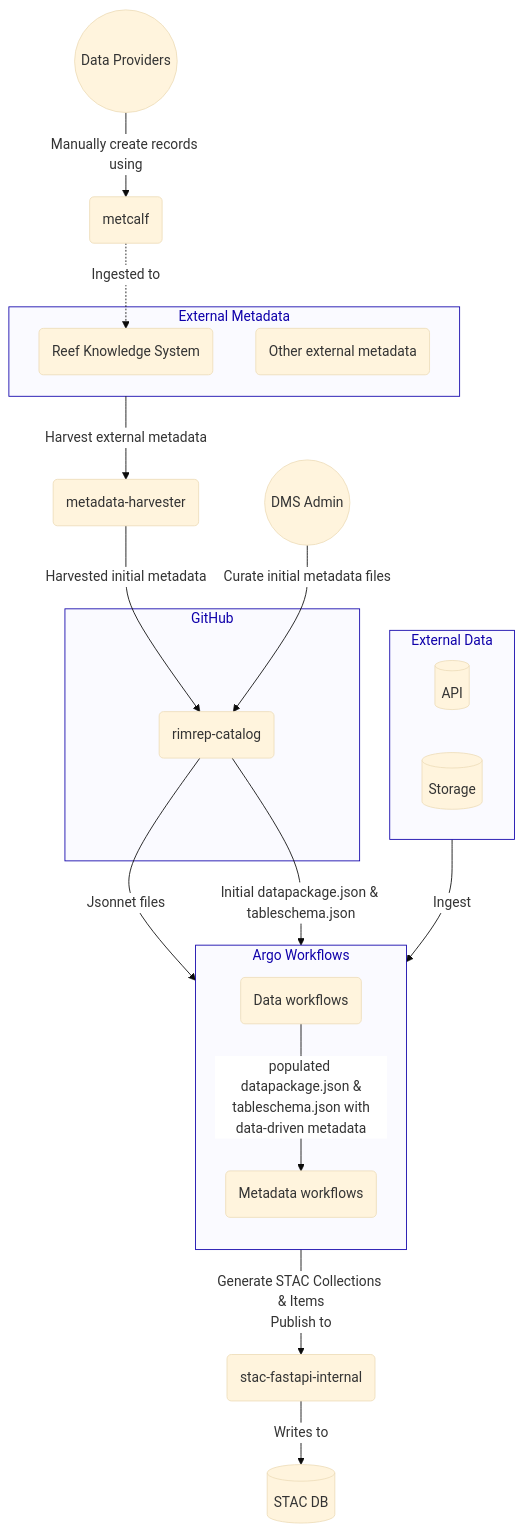
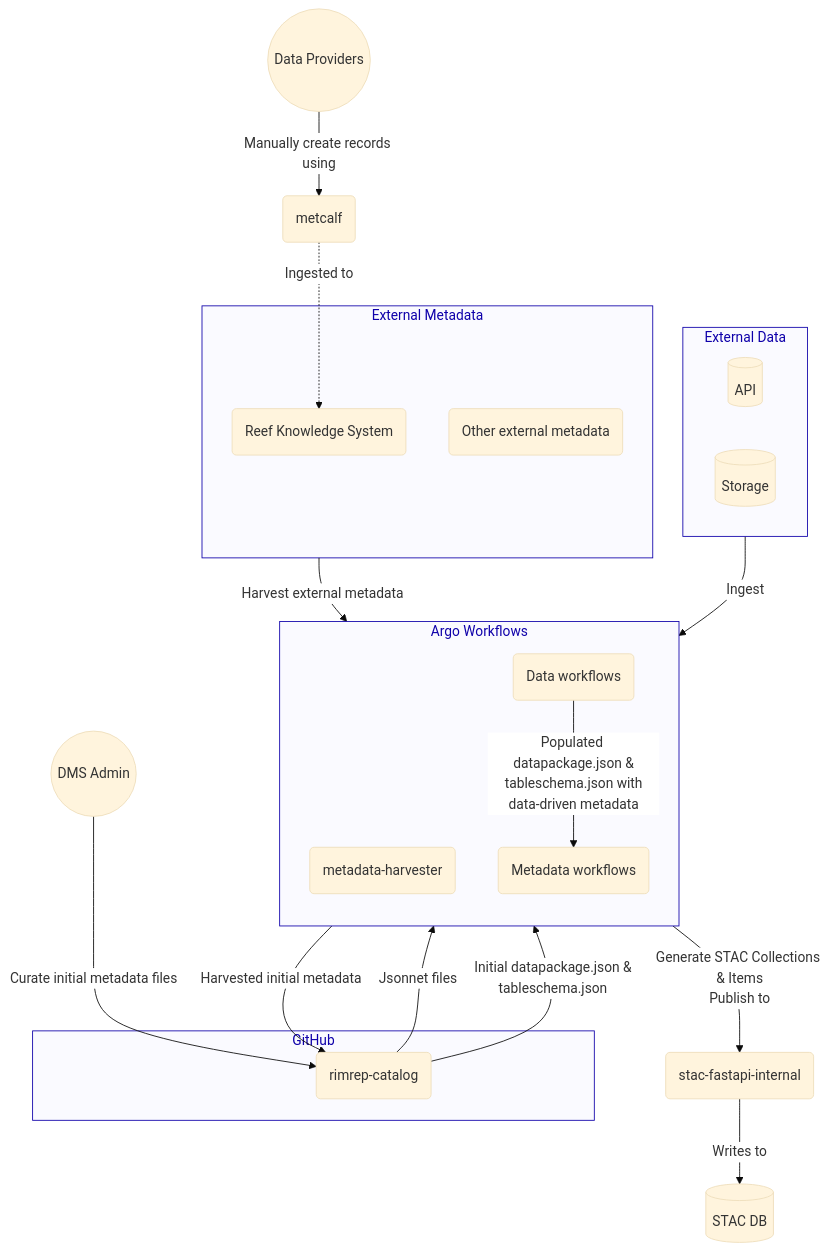
The third of 3 diagrams in docs/architecture/components/metadata-system.md (gbr-dms/rimrep-documentation), drawn with Mermaid before and after one commit.

Commit message:
Update Metadata flow diagram

````diff
--- a/docs/architecture/components/metadata-system.md
+++ b/docs/architecture/components/metadata-system.md
@@ -197,63 +197,63 @@
 ```mermaid
 %%{
   init: {
     'theme': 'base',
     'themeVariables': {
       'edgeLabelBackground': '#ffffff',
       'tertiaryTextColor': '#0f00aa',
       'clusterBkg': '#fafaff',
       'clusterBorder': '#0f00aa'
     }
   }
 }%%
 
 flowchart TB
   classDef red fill:#ffcccc,stroke:#ff0000;
 
   metadata_providers((Data Providers))
 
   subgraph group_external_metadata["External Metadata"]
     rks(Reef Knowledge System)
     external_metadata(Other external metadata)
   end
 
   subgraph group_external_data["External Data"]
     external_data_api[(API)]
     external_data_storage[(Storage)]
   end
 
   subgraph pipeline["Argo Workflows"]
     direction TB
+    metadata_harvester(metadata-harvester)
     metadata_workflow(Metadata workflows)
     data_workflow(Data workflows)
-    data_workflow --> |"`populated datapackage.json &<br>tableschema.json with<br>data-driven metadata`"|metadata_workflow
+    data_workflow --> |"Populated datapackage.json &<br>tableschema.json with<br>data-driven metadata"|metadata_workflow
 
   end
 
   metcalf(metcalf)
 
   rimrep_admin((DMS Admin))
 
   subgraph github["GitHub"]
     catalog(rimrep-catalog)
   end
   
   stac_db[(STAC DB)]
   stac_fastapi_internal(stac-fastapi-internal)
-  metadata_harvester(metadata-harvester)
 
 
   metadata_providers -->|Manually create records using| metcalf
   metcalf  -. Ingested to .-> rks
   group_external_metadata --> |Harvest external metadata| metadata_harvester
   metadata_harvester --> |Harvested initial metadata|catalog
 
 
   group_external_data -->|Ingest| data_workflow
 
-  rimrep_admin -->|"`Curate initial metadata files`"| catalog
+  rimrep_admin -->|"Curate initial metadata files"| catalog
   catalog --> |Jsonnet files| metadata_workflow
-  catalog --> |"Initial datapackage.json & tableschema.json"| data_workflow
-  metadata_workflow -->  |"`Generate STAC Collections & Items<br>Publish to`"|stac_fastapi_internal
+  catalog --> |"Initial datapackage.json &<br> tableschema.json"| data_workflow
+  metadata_workflow -->  |"Generate STAC Collections & Items<br>Publish to"|stac_fastapi_internal
   stac_fastapi_internal --> |Writes to| stac_db
 ```
````
